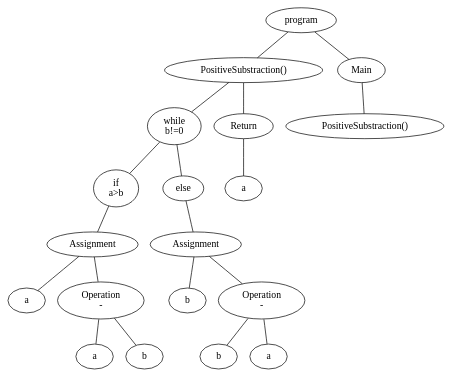
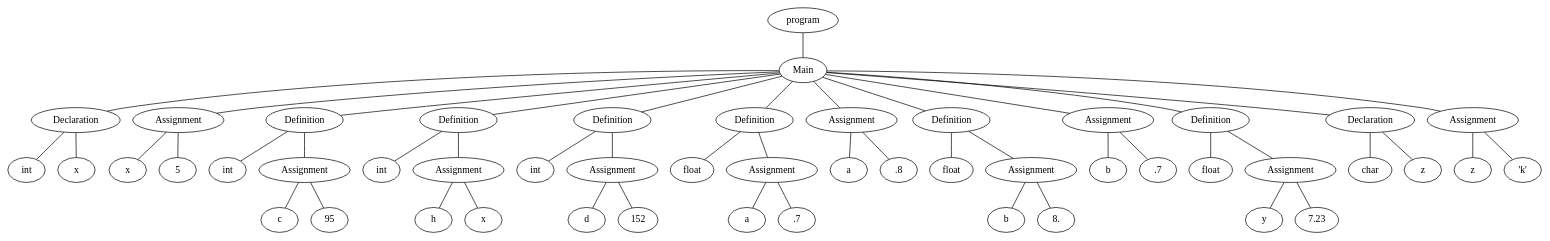
One commit to Danh95/Project-Compilers changed the diagram in AST.dot. Above: the diagram before and after it, drawn with Graphviz. The commit also changed 10 other files, not shown here.

```diff
--- a/AST.dot
+++ b/AST.dot
@@ -1,44 +1,102 @@
 graph AST {
 0[label="program"];
-1[label="PositiveSubstraction()"];
+1[label="Main"];
 0 -- 1;
-2[label="while
-b!=0"];
+2[label="Declaration"];
 1 -- 2;
-3[label="if
-a>b"];
+3[label="int"];
 2 -- 3;
-4[label="Assignment"];
-3 -- 4;
-5[label="a"];
-4 -- 5;
-6[label="Operation
--"];
-4 -- 6;
-7[label="a"];
-6 -- 7;
-8[label="b"];
-6 -- 8;
-9[label="else"];
-2 -- 9;
+4[label="x"];
+2 -- 4;
+5[label="Assignment"];
+1 -- 5;
+6[label="x"];
+5 -- 6;
+7[label="5"];
+5 -- 7;
+8[label="Definition"];
+1 -- 8;
+9[label="int"];
+8 -- 9;
 10[label="Assignment"];
-9 -- 10;
-11[label="b"];
+8 -- 10;
+11[label="c"];
 10 -- 11;
-12[label="Operation
--"];
+12[label="95"];
 10 -- 12;
-13[label="b"];
-12 -- 13;
-14[label="a"];
-12 -- 14;
-15[label="Return"];
-1 -- 15;
-16[label="a"];
+13[label="Definition"];
+1 -- 13;
+14[label="int"];
+13 -- 14;
+15[label="Assignment"];
+13 -- 15;
+16[label="h"];
 15 -- 16;
-17[label="Main"];
-0 -- 17;
-18[label="PositiveSubstraction()"];
-17 -- 18;
+17[label="x"];
+15 -- 17;
+18[label="Definition"];
+1 -- 18;
+19[label="int"];
+18 -- 19;
+20[label="Assignment"];
+18 -- 20;
+21[label="d"];
+20 -- 21;
+22[label="152"];
+20 -- 22;
+23[label="Definition"];
+1 -- 23;
+24[label="float"];
+23 -- 24;
+25[label="Assignment"];
+23 -- 25;
+26[label="a"];
+25 -- 26;
+27[label=".7"];
+25 -- 27;
+28[label="Assignment"];
+1 -- 28;
+29[label="a"];
+28 -- 29;
+30[label=".8"];
+28 -- 30;
+31[label="Definition"];
+1 -- 31;
+32[label="float"];
+31 -- 32;
+33[label="Assignment"];
+31 -- 33;
+34[label="b"];
+33 -- 34;
+35[label="8."];
+33 -- 35;
+36[label="Assignment"];
+1 -- 36;
+37[label="b"];
+36 -- 37;
+38[label=".7"];
+36 -- 38;
+39[label="Definition"];
+1 -- 39;
+40[label="float"];
+39 -- 40;
+41[label="Assignment"];
+39 -- 41;
+42[label="y"];
+41 -- 42;
+43[label="7.23"];
+41 -- 43;
+44[label="Declaration"];
+1 -- 44;
+45[label="char"];
+44 -- 45;
+46[label="z"];
+44 -- 46;
+47[label="Assignment"];
+1 -- 47;
+48[label="z"];
+47 -- 48;
+49[label="'k'"];
+47 -- 49;
 
 }
```
